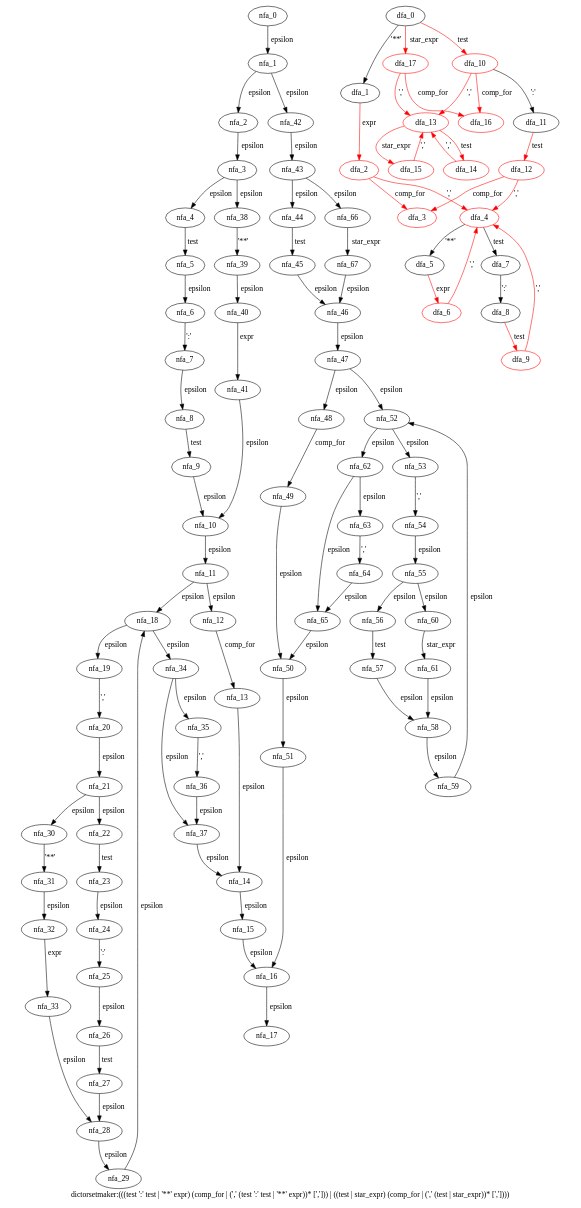
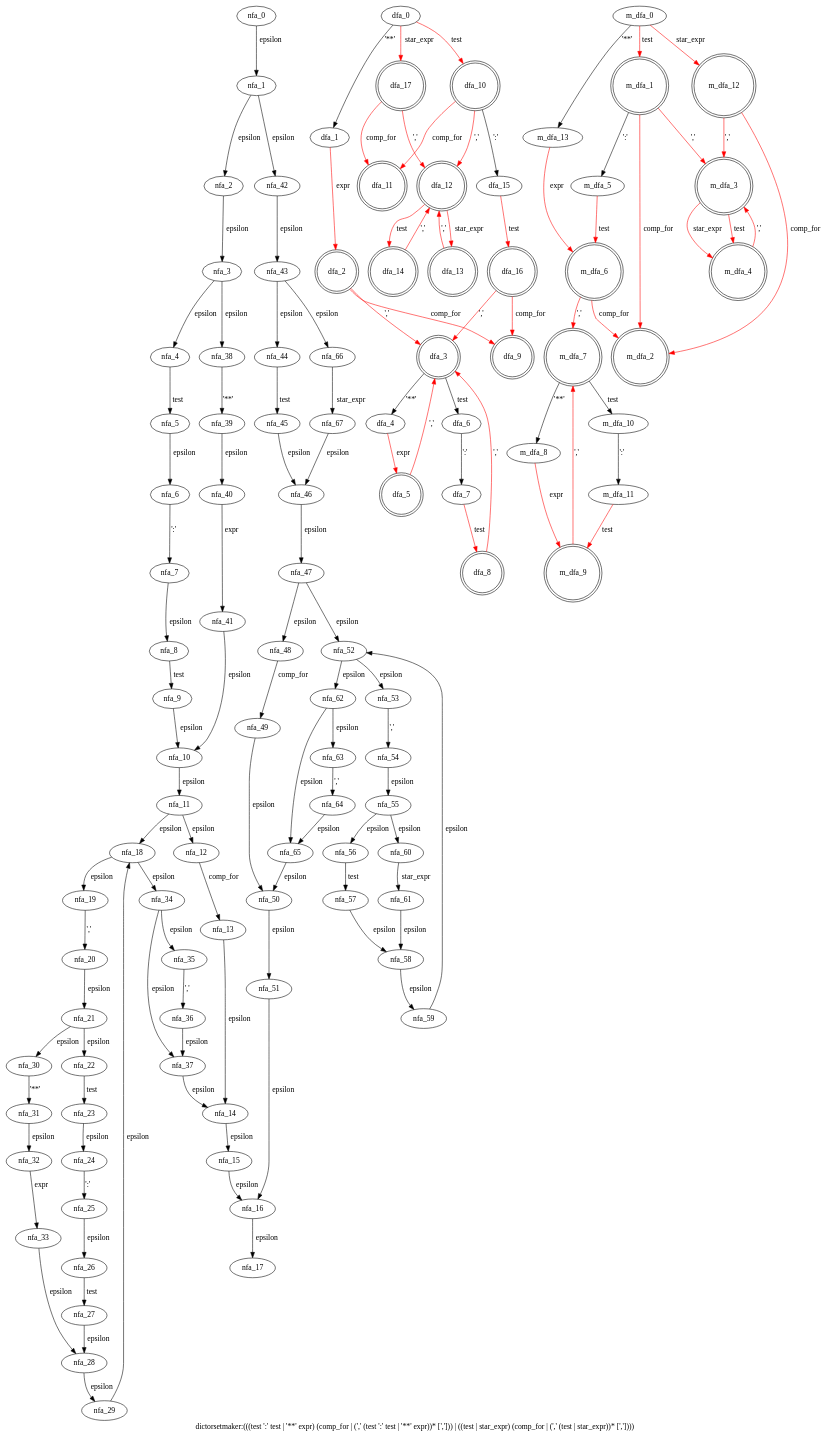
One commit to WinChua/blog changed the diagram in cpython/grammar/handwrite/nfa_dfas/77.dictorsetmaker.dot. Above: the diagram before and after it, drawn with Graphviz. The commit also changed 183 other files, not shown here.

```diff
--- a/cpython/grammar/handwrite/nfa_dfas/77.dictorsetmaker.dot
+++ b/cpython/grammar/handwrite/nfa_dfas/77.dictorsetmaker.dot
@@ -1,122 +1,153 @@
 digraph dictorsetmaker {
  graph[label="dictorsetmaker:(((test ':' test | '**' expr) (comp_for | (',' (test ':' test | '**' expr))* [','])) | ((test | star_expr) (comp_for | (',' (test | star_expr))* [','])))"]
  subgraph dictorsetmaker_nfa {
   nfa_0->nfa_1[label="epsilon"]
   nfa_1->nfa_2[label="epsilon"]
   nfa_2->nfa_3[label="epsilon"]
   nfa_3->nfa_4[label="epsilon"]
   nfa_4->nfa_5[label="test"]
   nfa_5->nfa_6[label="epsilon"]
   nfa_6->nfa_7[label="':'"]
   nfa_7->nfa_8[label="epsilon"]
   nfa_8->nfa_9[label="test"]
   nfa_9->nfa_10[label="epsilon"]
   nfa_10->nfa_11[label="epsilon"]
   nfa_11->nfa_12[label="epsilon"]
   nfa_12->nfa_13[label="comp_for"]
   nfa_13->nfa_14[label="epsilon"]
   nfa_14->nfa_15[label="epsilon"]
   nfa_15->nfa_16[label="epsilon"]
   nfa_16->nfa_17[label="epsilon"]
   nfa_11->nfa_18[label="epsilon"]
   nfa_18->nfa_19[label="epsilon"]
   nfa_19->nfa_20[label="','"]
   nfa_20->nfa_21[label="epsilon"]
   nfa_21->nfa_22[label="epsilon"]
   nfa_22->nfa_23[label="test"]
   nfa_23->nfa_24[label="epsilon"]
   nfa_24->nfa_25[label="':'"]
   nfa_25->nfa_26[label="epsilon"]
   nfa_26->nfa_27[label="test"]
   nfa_27->nfa_28[label="epsilon"]
   nfa_28->nfa_29[label="epsilon"]
   nfa_29->nfa_18[label="epsilon"]
   nfa_21->nfa_30[label="epsilon"]
   nfa_30->nfa_31[label="'**'"]
   nfa_31->nfa_32[label="epsilon"]
   nfa_32->nfa_33[label="expr"]
   nfa_33->nfa_28[label="epsilon"]
   nfa_18->nfa_34[label="epsilon"]
   nfa_34->nfa_35[label="epsilon"]
   nfa_35->nfa_36[label="','"]
   nfa_36->nfa_37[label="epsilon"]
   nfa_37->nfa_14[label="epsilon"]
   nfa_34->nfa_37[label="epsilon"]
   nfa_3->nfa_38[label="epsilon"]
   nfa_38->nfa_39[label="'**'"]
   nfa_39->nfa_40[label="epsilon"]
   nfa_40->nfa_41[label="expr"]
   nfa_41->nfa_10[label="epsilon"]
   nfa_1->nfa_42[label="epsilon"]
   nfa_42->nfa_43[label="epsilon"]
   nfa_43->nfa_44[label="epsilon"]
   nfa_44->nfa_45[label="test"]
   nfa_45->nfa_46[label="epsilon"]
   nfa_46->nfa_47[label="epsilon"]
   nfa_47->nfa_48[label="epsilon"]
   nfa_48->nfa_49[label="comp_for"]
   nfa_49->nfa_50[label="epsilon"]
   nfa_50->nfa_51[label="epsilon"]
   nfa_51->nfa_16[label="epsilon"]
   nfa_47->nfa_52[label="epsilon"]
   nfa_52->nfa_53[label="epsilon"]
   nfa_53->nfa_54[label="','"]
   nfa_54->nfa_55[label="epsilon"]
   nfa_55->nfa_56[label="epsilon"]
   nfa_56->nfa_57[label="test"]
   nfa_57->nfa_58[label="epsilon"]
   nfa_58->nfa_59[label="epsilon"]
   nfa_59->nfa_52[label="epsilon"]
   nfa_55->nfa_60[label="epsilon"]
   nfa_60->nfa_61[label="star_expr"]
   nfa_61->nfa_58[label="epsilon"]
   nfa_52->nfa_62[label="epsilon"]
   nfa_62->nfa_63[label="epsilon"]
   nfa_63->nfa_64[label="','"]
   nfa_64->nfa_65[label="epsilon"]
   nfa_65->nfa_50[label="epsilon"]
   nfa_62->nfa_65[label="epsilon"]
   nfa_43->nfa_66[label="epsilon"]
   nfa_66->nfa_67[label="star_expr"]
   nfa_67->nfa_46[label="epsilon"]
   }
  subgraph dictorsetmaker_dfa {
   dfa_0->dfa_1[label="'**'"]
   dfa_1->dfa_2[label="expr",color=red]
-  dfa_2->dfa_3[label="comp_for",color=red]
-  dfa_2->dfa_4[label="','",color=red]
-  dfa_4->dfa_5[label="'**'"]
-  dfa_5->dfa_6[label="expr",color=red]
-  dfa_6->dfa_4[label="','",color=red]
-  dfa_4->dfa_7[label="test"]
-  dfa_7->dfa_8[label="':'"]
-  dfa_8->dfa_9[label="test",color=red]
-  dfa_9->dfa_4[label="','",color=red]
+  dfa_2->dfa_3[label="','",color=red]
+  dfa_3->dfa_4[label="'**'"]
+  dfa_4->dfa_5[label="expr",color=red]
+  dfa_5->dfa_3[label="','",color=red]
+  dfa_3->dfa_6[label="test"]
+  dfa_6->dfa_7[label="':'"]
+  dfa_7->dfa_8[label="test",color=red]
+  dfa_8->dfa_3[label="','",color=red]
+  dfa_2->dfa_9[label="comp_for",color=red]
   dfa_0->dfa_10[label="test",color=red]
-  dfa_10->dfa_11[label="':'"]
-  dfa_11->dfa_12[label="test",color=red]
-  dfa_12->dfa_3[label="comp_for",color=red]
-  dfa_12->dfa_4[label="','",color=red]
-  dfa_10->dfa_13[label="','",color=red]
-  dfa_13->dfa_14[label="test",color=red]
-  dfa_14->dfa_13[label="','",color=red]
-  dfa_13->dfa_15[label="star_expr",color=red]
-  dfa_15->dfa_13[label="','",color=red]
-  dfa_10->dfa_16[label="comp_for",color=red]
+  dfa_10->dfa_11[label="comp_for",color=red]
+  dfa_10->dfa_12[label="','",color=red]
+  dfa_12->dfa_13[label="star_expr",color=red]
+  dfa_13->dfa_12[label="','",color=red]
+  dfa_12->dfa_14[label="test",color=red]
+  dfa_14->dfa_12[label="','",color=red]
+  dfa_10->dfa_15[label="':'"]
+  dfa_15->dfa_16[label="test",color=red]
+  dfa_16->dfa_3[label="','",color=red]
+  dfa_16->dfa_9[label="comp_for",color=red]
   dfa_0->dfa_17[label="star_expr",color=red]
-  dfa_17->dfa_13[label="','",color=red]
-  dfa_17->dfa_16[label="comp_for",color=red]
-  dfa_2[color=red]
-  dfa_3[color=red]
-  dfa_4[color=red]
-  dfa_6[color=red]
-  dfa_9[color=red]
-  dfa_10[color=red]
-  dfa_12[color=red]
-  dfa_13[color=red]
-  dfa_14[color=red]
-  dfa_15[color=red]
-  dfa_16[color=red]
-  dfa_17[color=red]
+  dfa_17->dfa_11[label="comp_for",color=red]
+  dfa_17->dfa_12[label="','",color=red]
+  dfa_2[shape=doublecircle]
+  dfa_3[shape=doublecircle]
+  dfa_5[shape=doublecircle]
+  dfa_8[shape=doublecircle]
+  dfa_9[shape=doublecircle]
+  dfa_10[shape=doublecircle]
+  dfa_11[shape=doublecircle]
+  dfa_12[shape=doublecircle]
+  dfa_13[shape=doublecircle]
+  dfa_14[shape=doublecircle]
+  dfa_16[shape=doublecircle]
+  dfa_17[shape=doublecircle]
+  }
+ subgraph dictorsetmaker_m_dfa {
+  m_dfa_0->m_dfa_1[label="test",color=red]
+  m_dfa_1->m_dfa_2[label="comp_for",color=red]
+  m_dfa_1->m_dfa_3[label="','",color=red]
+  m_dfa_3->m_dfa_4[label="star_expr",color=red]
+  m_dfa_4->m_dfa_3[label="','",color=red]
+  m_dfa_3->m_dfa_4[label="test",color=red]
+  m_dfa_1->m_dfa_5[label="':'"]
+  m_dfa_5->m_dfa_6[label="test",color=red]
+  m_dfa_6->m_dfa_2[label="comp_for",color=red]
+  m_dfa_6->m_dfa_7[label="','",color=red]
+  m_dfa_7->m_dfa_8[label="'**'"]
+  m_dfa_8->m_dfa_9[label="expr",color=red]
+  m_dfa_9->m_dfa_7[label="','",color=red]
+  m_dfa_7->m_dfa_10[label="test"]
+  m_dfa_10->m_dfa_11[label="':'"]
+  m_dfa_11->m_dfa_9[label="test",color=red]
+  m_dfa_0->m_dfa_12[label="star_expr",color=red]
+  m_dfa_12->m_dfa_2[label="comp_for",color=red]
+  m_dfa_12->m_dfa_3[label="','",color=red]
+  m_dfa_0->m_dfa_13[label="'**'"]
+  m_dfa_13->m_dfa_6[label="expr",color=red]
+  m_dfa_1[shape=doublecircle]
+  m_dfa_2[shape=doublecircle]
+  m_dfa_3[shape=doublecircle]
+  m_dfa_4[shape=doublecircle]
+  m_dfa_6[shape=doublecircle]
+  m_dfa_7[shape=doublecircle]
+  m_dfa_9[shape=doublecircle]
+  m_dfa_12[shape=doublecircle]
   }
 }
```
